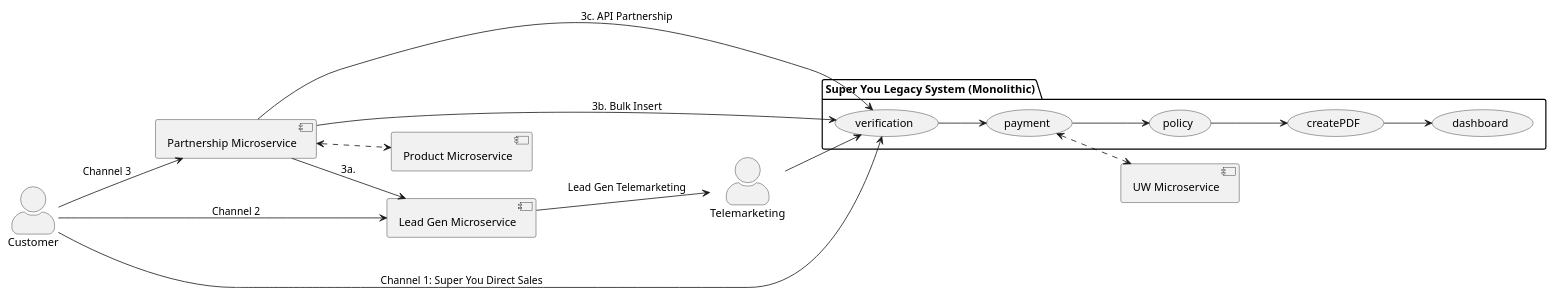
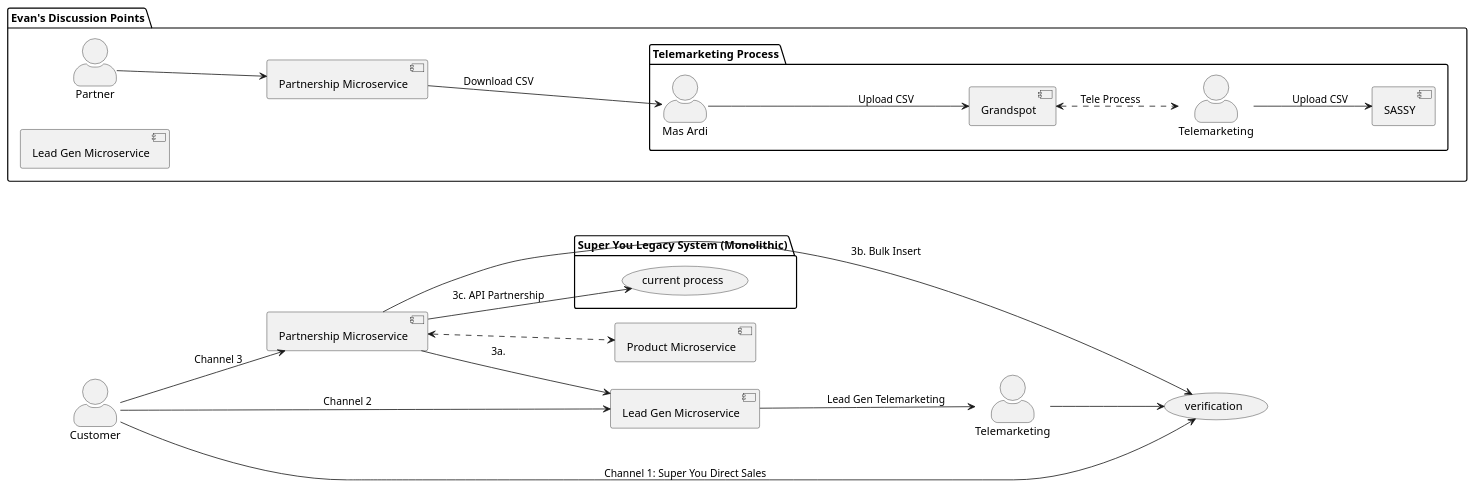
Before and after one commit to richardridwan20/notes: the diagram in api-partnership/flow.puml, drawn with PlantUML. The commit also changed 7 other files, not shown here.

```diff
--- a/api-partnership/flow.puml
+++ b/api-partnership/flow.puml
@@ -2,33 +2,51 @@
 @startuml partnership-microservice
 left to right direction
 skinparam actorStyle awesome
 
 actor "Customer" as external
 component "Partnership Microservice" as partnership
-component "UW Microservice" as uw
 component "Lead Gen Microservice" as lg
 actor "Telemarketing" as tele
 component "Product Microservice" as product
 package "Super You Legacy System (Monolithic)" as superyou {
-    partnership --> (verification): "3c. API Partnership"
-    (verification) --> (payment)
-    (payment) --> (policy)
-    (policy) --> (createPDF)
-    (createPDF) --> (dashboard)
+    partnership --> (current process): "3c. API Partnership"
+    ' (verification) --> (payment)
+    ' (payment) --> (policy)
+    ' (policy) --> (createPDF)
+    ' (createPDF) --> (dashboard)
 }
+
+package "Evan's Discussion Points" as evan {
+    actor "Partner" as partner
+    component "Partnership Microservice" as partnershipms
+    component "Lead Gen Microservice" as leadgenms
+
+    package "Telemarketing Process" as teleprocess {
+        component "Grandspot" as grandspot
+        actor "Mas Ardi" as ardi
+        actor "Telemarketing" as telem
+        component "SASSY" as sassy
+        partnershipms --> ardi: "Download CSV"
+        ardi --> grandspot: "Upload CSV"
+        grandspot <..> telem: "Tele Process"
+        telem --> sassy: "Upload CSV"
+    }
+
+    partner --> partnershipms
+}
+
 external --> (verification): "Channel 1: Super You Direct Sales"
 external --> lg: "Channel 2"
 lg --> tele: Lead Gen Telemarketing
 tele --> (verification)
 partnership --> lg: 3a.
 partnership --> (verification): "3b. Bulk Insert"
 ' lg --> tele: Lead Gen Telemarketing
 ' tele --> (verification)
 
 external --> partnership: "Channel 3"
 partnership <..> product
-(payment) <..> uw
 
 ' superyou --> payment
 ' sovera --> payment
 @enduml
```
